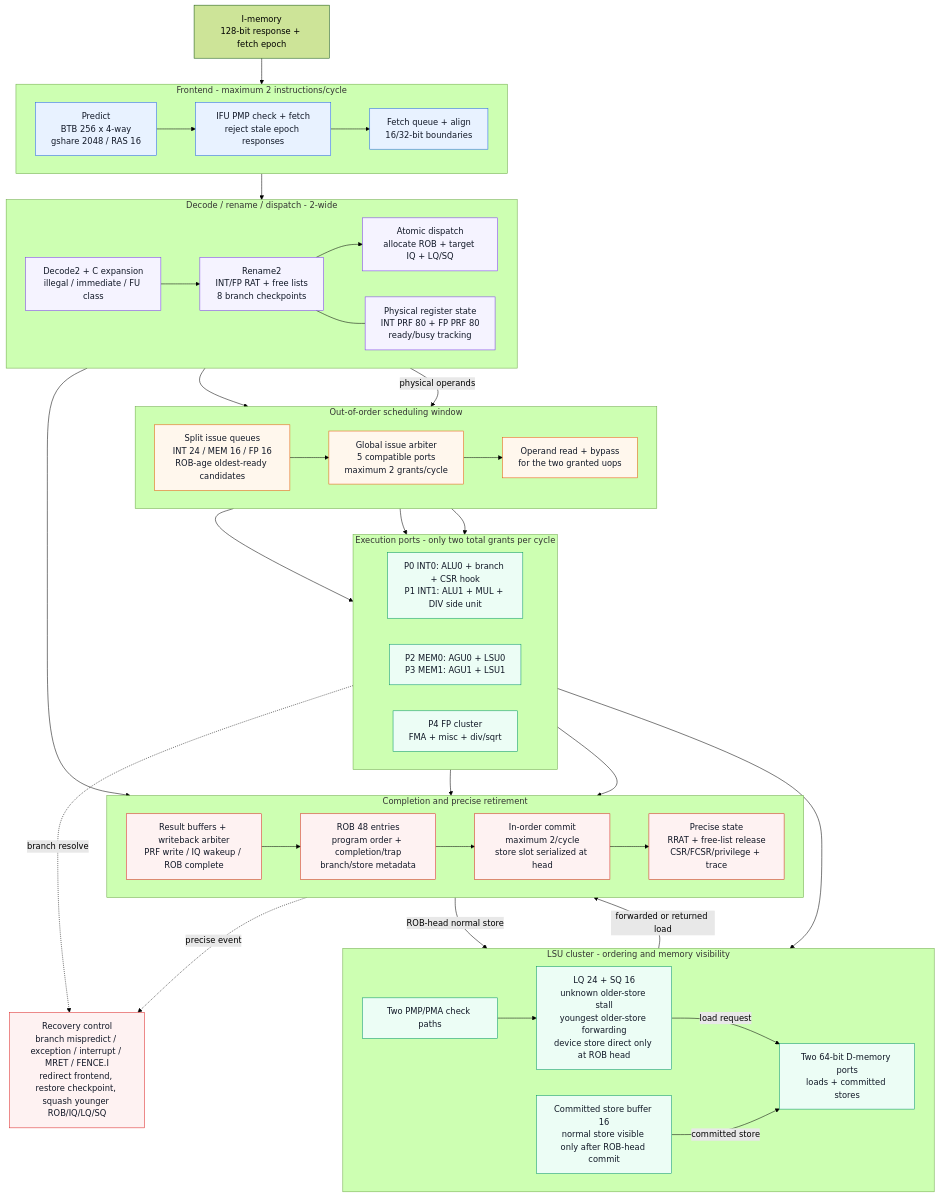
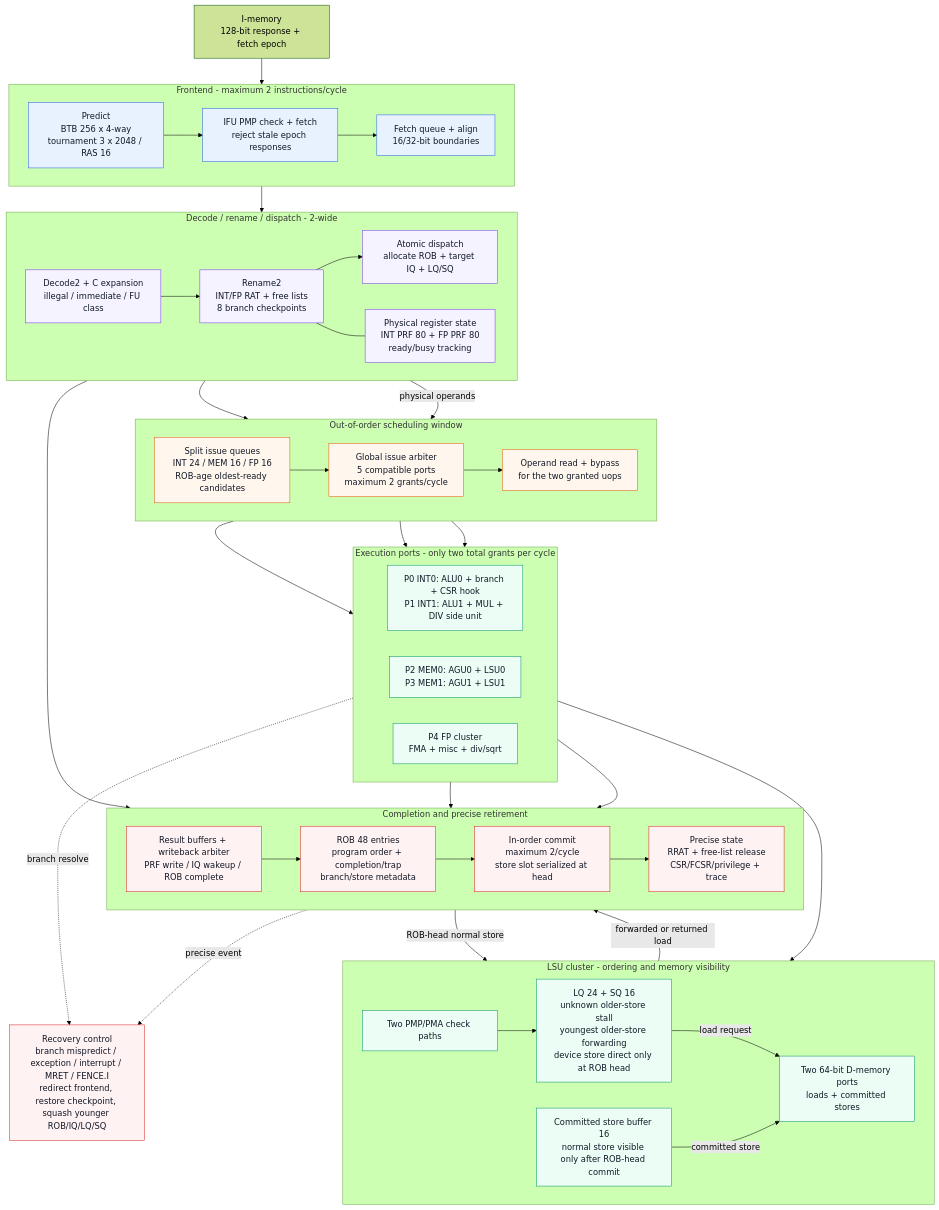
One commit to mhcp0000-jpg/core_from_home changed the first of 2 diagrams in docs/HDD_Core_Architecture.md. Above: the diagram before and after it, drawn with Mermaid (forest theme). The commit also changed other lines of this file and 23 other files, not shown here.

```diff
--- a/docs/HDD_Core_Architecture.md
+++ b/docs/HDD_Core_Architecture.md
@@ -129,7 +129,7 @@
 
     subgraph FE["Frontend - maximum 2 instructions/cycle"]
       direction LR
-      PRED["Predict<br/>BTB 256 x 4-way<br/>gshare 2048 / RAS 16"]
+      PRED["Predict<br/>BTB 256 x 4-way<br/>tournament 3 x 2048 / RAS 16"]
       FETCH["IFU PMP check + fetch<br/>reject stale epoch responses"]
       FQ["Fetch queue + align<br/>16/32-bit boundaries"]
       PRED --> FETCH --> FQ
```
